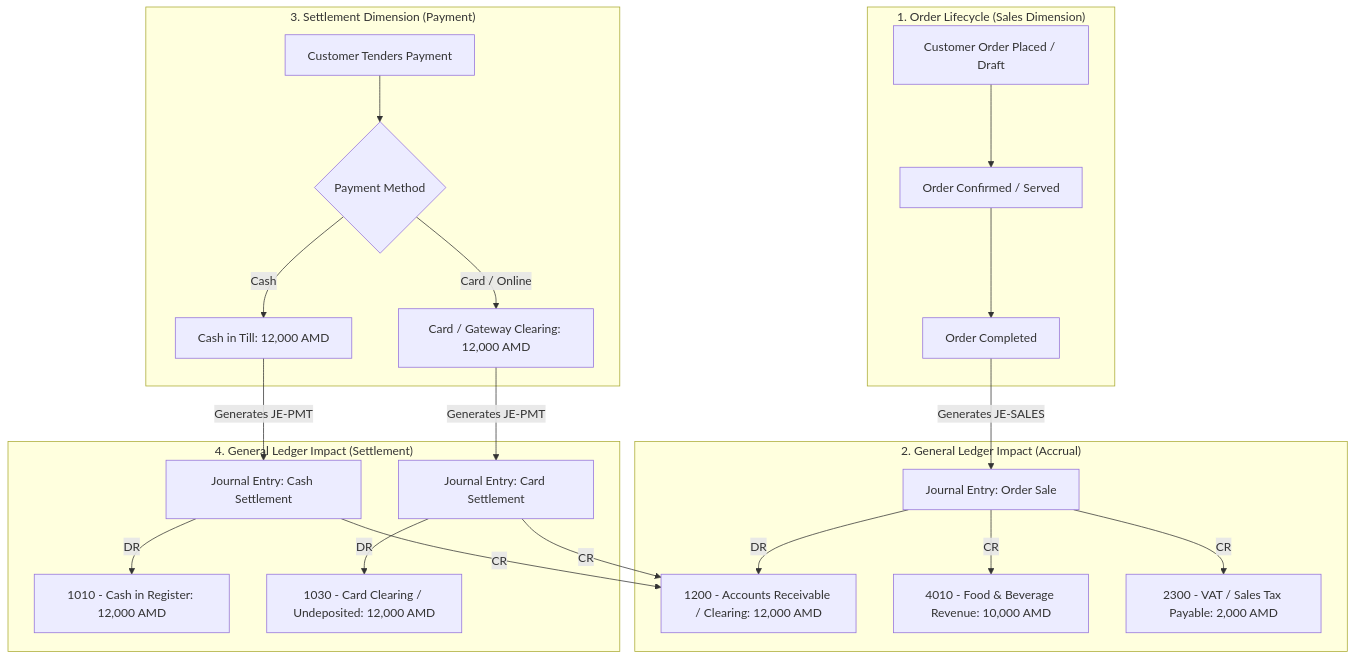
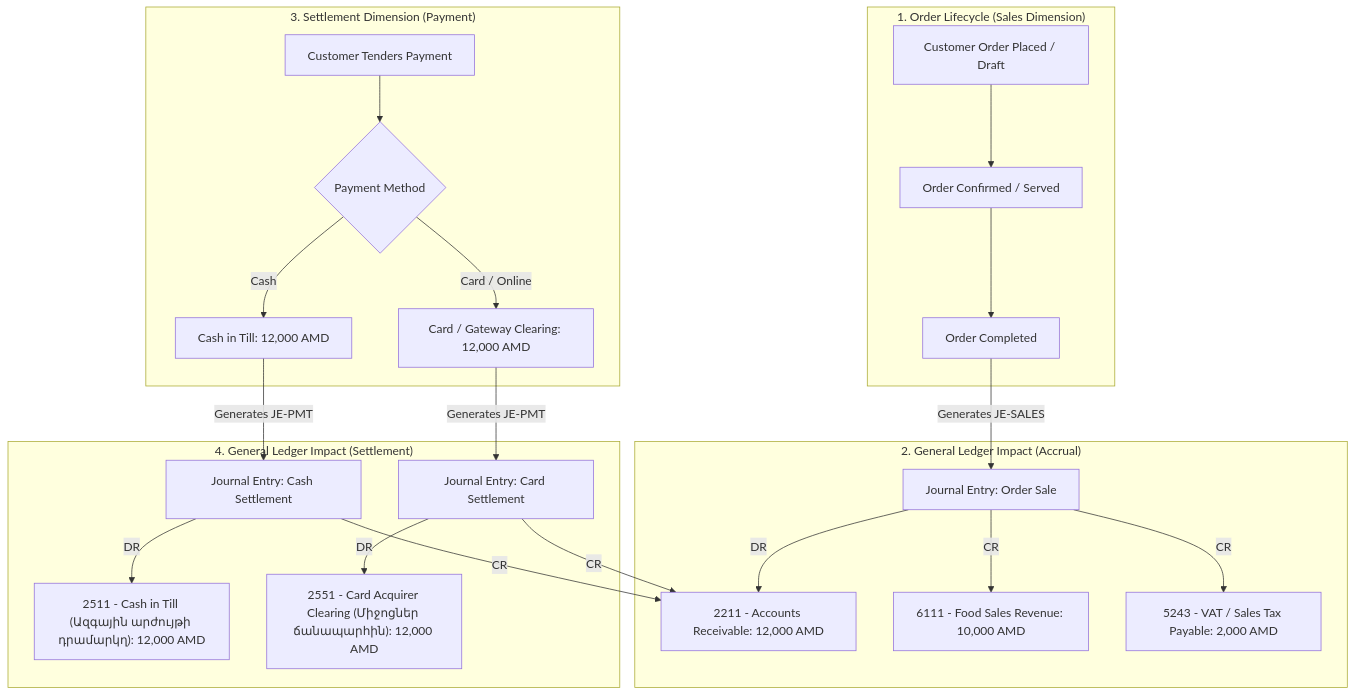
The first of 6 diagrams in docs/finance/03-financial-flow-diagrams.md (agevorgyan/qrmenu), drawn with Mermaid before and after one commit. The commit also changed other lines of this file and 46 other files, not shown here.

````diff
--- a/docs/finance/03-financial-flow-diagrams.md
+++ b/docs/finance/03-financial-flow-diagrams.md
@@ -8,30 +8,30 @@
 ```mermaid
 flowchart TD
     subgraph OrderLifecycle["1. Order Lifecycle (Sales Dimension)"]
         O1["Customer Order Placed / Draft"] --> O2["Order Confirmed / Served"]
         O2 --> O3["Order Completed"]
     end
 
     subgraph LedgerSales["2. General Ledger Impact (Accrual)"]
         O3 -->|Generates JE-SALES| JE1["Journal Entry: Order Sale"]
-        JE1 -->|DR| AR["1200 - Accounts Receivable / Clearing: 12,000 AMD"]
-        JE1 -->|CR| REV["4010 - Food & Beverage Revenue: 10,000 AMD"]
-        JE1 -->|CR| TAX["2300 - VAT / Sales Tax Payable: 2,000 AMD"]
+        JE1 -->|DR| AR["2211 - Accounts Receivable: 12,000 AMD"]
+        JE1 -->|CR| REV["6111 - Food Sales Revenue: 10,000 AMD"]
+        JE1 -->|CR| TAX["5243 - VAT / Sales Tax Payable: 2,000 AMD"]
     end
 
     subgraph SettlementLifecycle["3. Settlement Dimension (Payment)"]
         P1["Customer Tenders Payment"] --> P2{"Payment Method"}
         P2 -->|Cash| P_CASH["Cash in Till: 12,000 AMD"]
         P2 -->|Card / Online| P_CARD["Card / Gateway Clearing: 12,000 AMD"]
     end
 
     subgraph LedgerSettlement["4. General Ledger Impact (Settlement)"]
         P_CASH -->|Generates JE-PMT| JE2["Journal Entry: Cash Settlement"]
-        JE2 -->|DR| CASH_ACC["1010 - Cash in Register: 12,000 AMD"]
+        JE2 -->|DR| CASH_ACC["2511 - Cash in Till (Ազգային արժույթի դրամարկղ): 12,000 AMD"]
         JE2 -->|CR| AR
         
         P_CARD -->|Generates JE-PMT| JE3["Journal Entry: Card Settlement"]
-        JE3 -->|DR| CARD_ACC["1030 - Card Clearing / Undeposited: 12,000 AMD"]
+        JE3 -->|DR| CARD_ACC["2551 - Card Acquirer Clearing (Միջոցներ ճանապարհին): 12,000 AMD"]
         JE3 -->|CR| AR
     end
 ```
````
